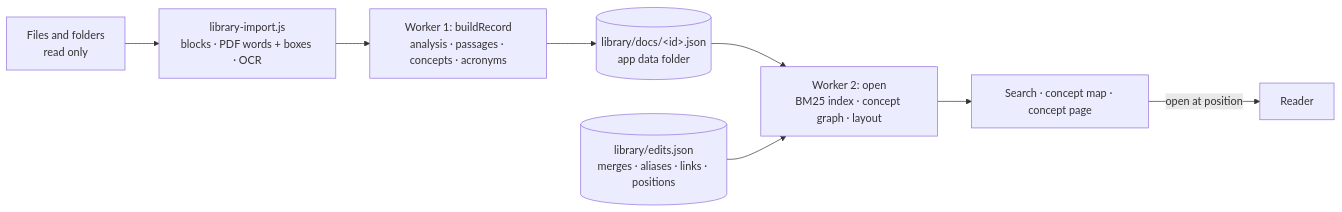
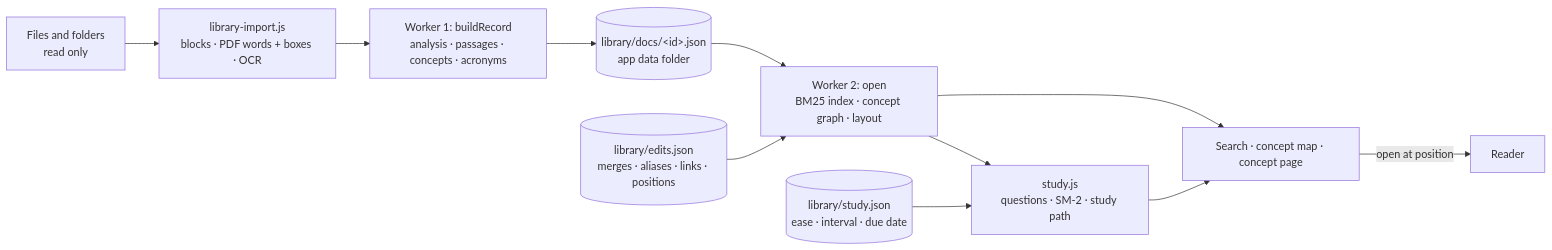
Before and after one commit to davide0707/word-crawler: the third of 4 diagrams in docs/ARCHITECTURE.md, drawn with Mermaid. The commit also changed other lines of this file and 6 other files, not shown here.

````diff
--- a/docs/ARCHITECTURE.md
+++ b/docs/ARCHITECTURE.md
@@ -176,10 +177,13 @@
 ```mermaid
 flowchart LR
   F[Files and folders<br/>read only] --> I[library-import.js<br/>blocks · PDF words + boxes · OCR]
   I --> W1[Worker 1: buildRecord<br/>analysis · passages · concepts · acronyms]
   W1 --> S[(library/docs/&lt;id&gt;.json<br/>app data folder)]
   S --> W2[Worker 2: open<br/>BM25 index · concept graph · layout]
   E[(library/edits.json<br/>merges · aliases · links · positions)] --> W2
   W2 --> UI[Search · concept map · concept page]
+  W2 --> ST[study.js<br/>questions · SM-2 · study path]
+  P[(library/study.json<br/>ease · interval · due date)] --> ST
+  ST --> UI
   UI -- open at position --> R[Reader]
 ```
````
